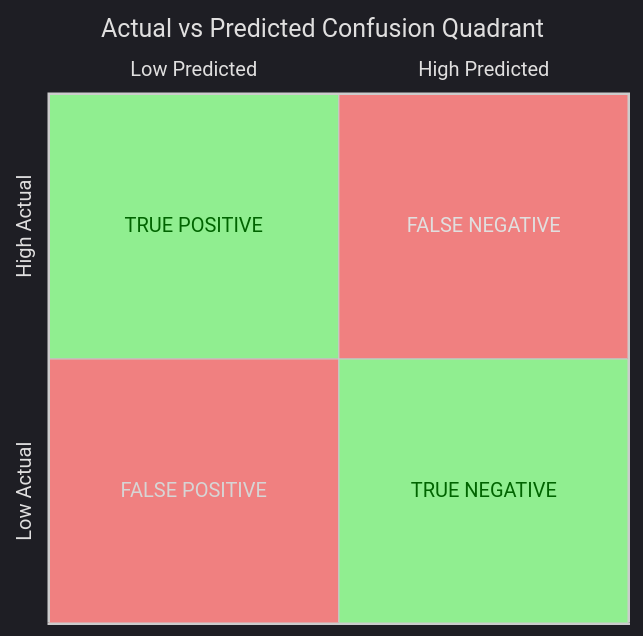
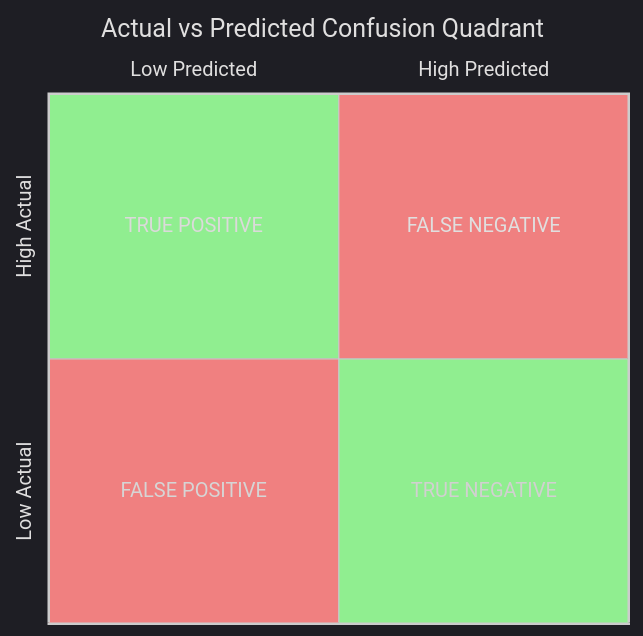
One commit to VanshDeshwal/notes changed the seventh of 7 diagrams in Data Science Notes/100 days of ML/Machine Learning Notes.md. Above: the diagram before and after it, drawn with Mermaid.

Commit message:
vault backup: 2025-08-05 01:37:32

````diff
--- a/Data Science Notes/100 days of ML/Machine Learning Notes.md
+++ b/Data Science Notes/100 days of ML/Machine Learning Notes.md
@@ -1555,23 +1555,23 @@
 ```mermaid
 %%{init: {
   "theme": "dark",
   "themeVariables": {
+    "textColor": "#ffffff",
+    "titleColor": "#ffffff",
     "quadrant1Fill": "#f08080",
-    "quadrant2TextFill": "#006400",
     "quadrant2Fill": "#90ee90",
     "quadrant3Fill": "#f08080",
-    "quadrant4TextFill": "#006400",
     "quadrant4Fill": "#90ee90"
- 
   }
 }}%%
 quadrantChart
     title Actual vs Predicted Confusion Quadrant
     x-axis Low Predicted --> High Predicted
     y-axis Low Actual --> High Actual
     quadrant-1 FALSE NEGATIVE
     quadrant-2 TRUE POSITIVE
     quadrant-3 FALSE POSITIVE
     quadrant-4 TRUE NEGATIVE
 
+
 ```
````
